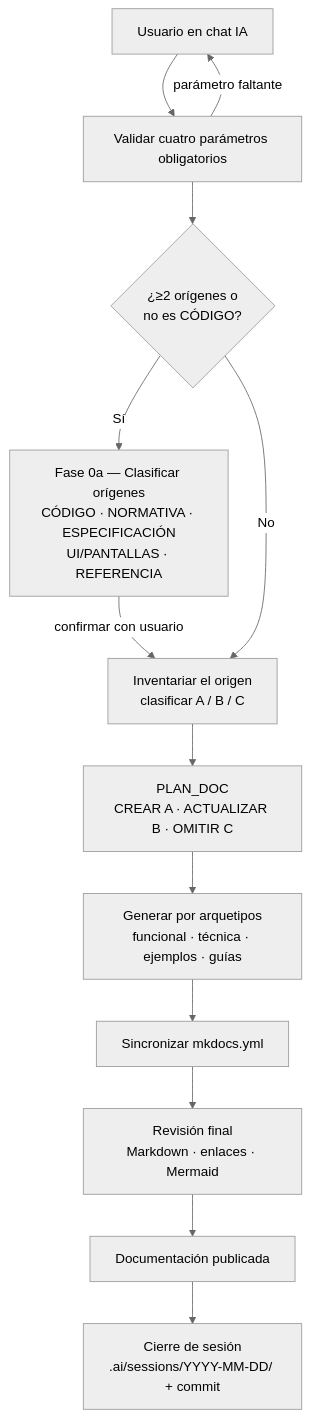
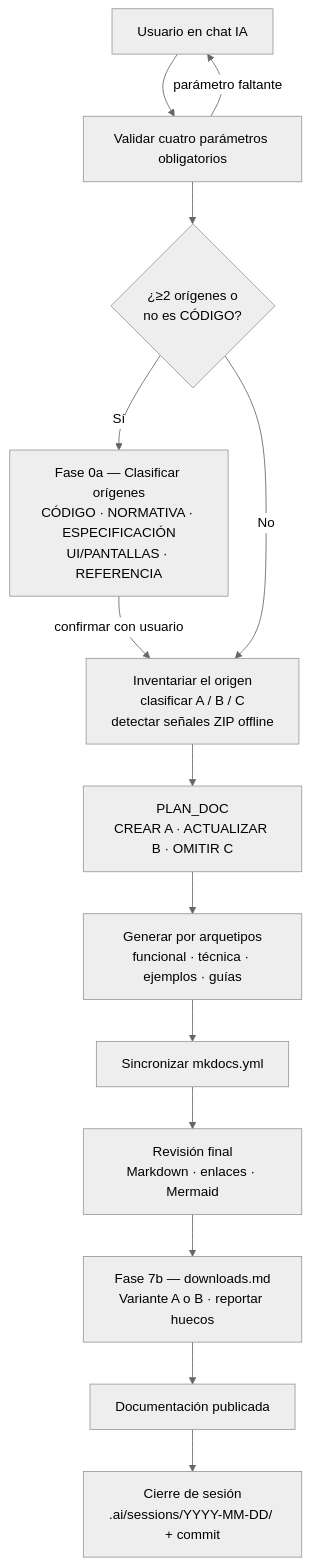
Before and after one commit to fmanza/doc_ia: the diagram in docs/functional/document_project.md, drawn with Mermaid (neutral theme). The commit also changed other lines of this file and 9 other files, not shown here.

````diff
--- a/docs/functional/document_project.md
+++ b/docs/functional/document_project.md
@@ -37,15 +38,16 @@
 ```mermaid
 flowchart TD
     U[Usuario en chat IA] --> V[Validar cuatro parámetros obligatorios]
     V -- parámetro faltante --> U
     V --> CL{¿≥2 orígenes o\nno es CÓDIGO?}
     CL -- Sí --> F0a[Fase 0a — Clasificar orígenes<br/>CÓDIGO · NORMATIVA · ESPECIFICACIÓN<br/>UI/PANTALLAS · REFERENCIA]
     F0a -- confirmar con usuario --> I
-    CL -- No --> I[Inventariar el origen<br/>clasificar A / B / C]
+    CL -- No --> I[Inventariar el origen<br/>clasificar A / B / C<br/>detectar señales ZIP offline]
     I --> P[PLAN_DOC<br/>CREAR A · ACTUALIZAR B · OMITIR C]
     P --> G[Generar por arquetipos<br/>funcional · técnica · ejemplos · guías]
     G --> N[Sincronizar mkdocs.yml]
     N --> R[Revisión final<br/>Markdown · enlaces · Mermaid]
-    R --> D[Documentación publicada]
+    R --> DL[Fase 7b — downloads.md<br/>Variante A o B · reportar huecos]
+    DL --> D[Documentación publicada]
     D --> C[Cierre de sesión<br/>.ai/sessions/YYYY-MM-DD/ + commit]
 ```
````
